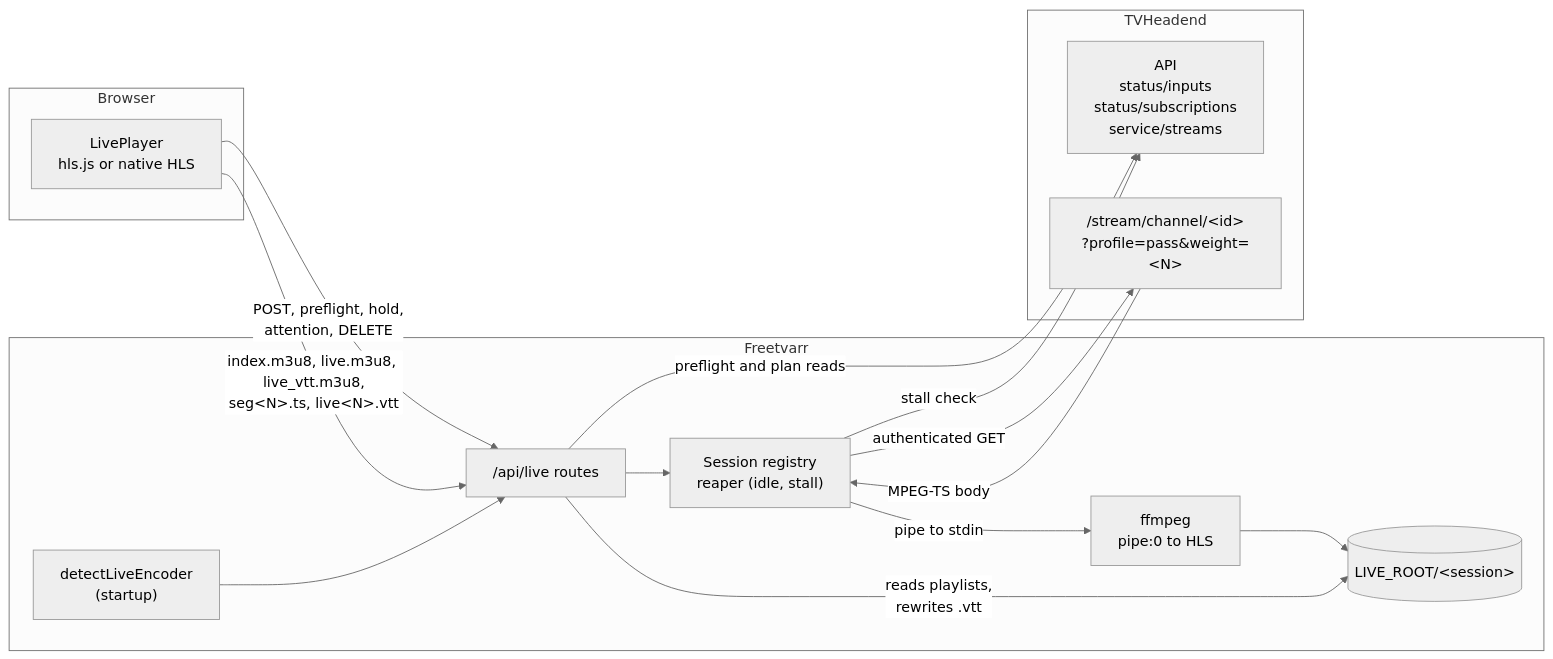
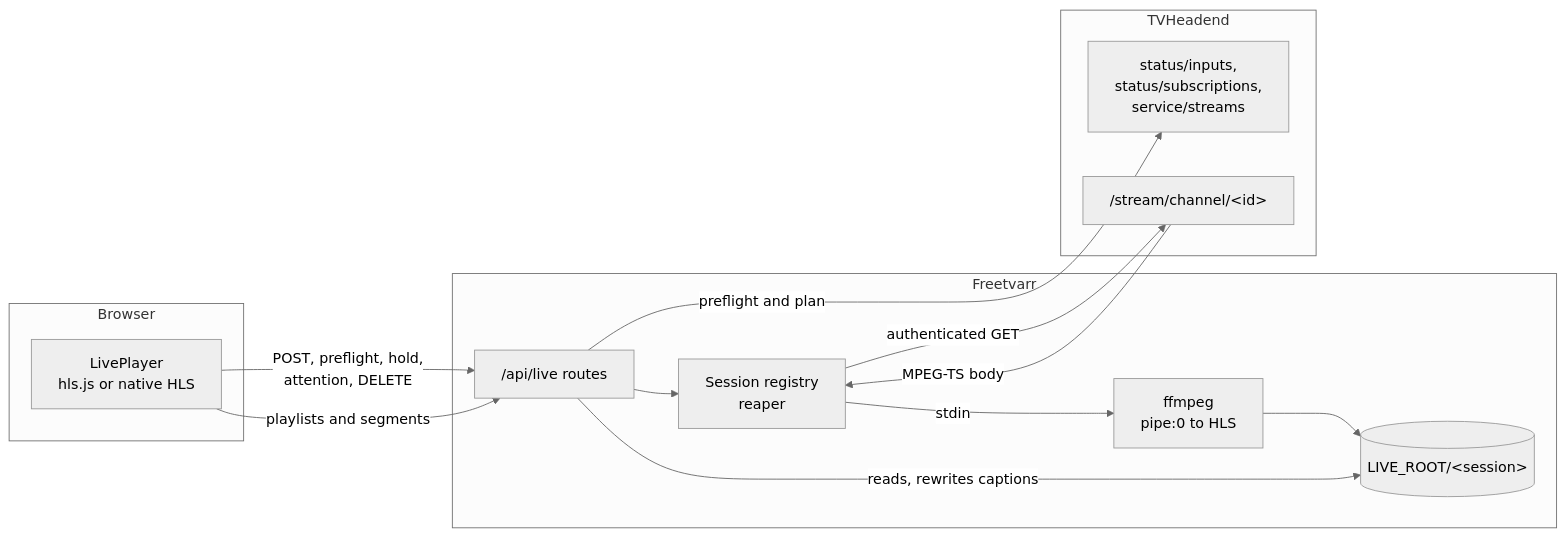
One commit to furey/freetvarr changed the eighth of 9 diagrams in docs/DEEP_DIVE.md. Above: the diagram before and after it, drawn with Mermaid (neutral theme). The commit also changed other lines of this file, not shown here.

Commit message:
Tightened the technical deep dive to the module map, data model, main flows, contracts, and limits, split the architecture diagram into modules and external data paths, and corrected the facts that failed a code check.

````diff
--- a/docs/DEEP_DIVE.md
+++ b/docs/DEEP_DIVE.md
@@ -1503,28 +910,25 @@
 ```mermaid
 flowchart LR
   subgraph browser["Browser"]
     player["LivePlayer<br>hls.js or native HLS"]
   end
   subgraph app["Freetvarr"]
-    enc["detectLiveEncoder<br>(startup)"]
     routes["/api/live routes"]
-    reg["Session registry<br>reaper (idle, stall)"]
+    reg["Session registry<br>reaper"]
     ff["ffmpeg<br>pipe:0 to HLS"]
     dir[("LIVE_ROOT/&lt;session&gt;")]
   end
   subgraph tvh["TVHeadend"]
-    api["API<br>status/inputs<br>status/subscriptions<br>service/streams"]
-    stream["/stream/channel/&lt;id&gt;<br>?profile=pass&weight=&lt;N&gt;"]
+    api["status/inputs,<br>status/subscriptions,<br>service/streams"]
+    stream["/stream/channel/&lt;id&gt;"]
   end
   player -->|"POST, preflight, hold,<br>attention, DELETE"| routes
-  player -->|"index.m3u8, live.m3u8, live_vtt.m3u8,<br>seg&lt;N&gt;.ts, live&lt;N&gt;.vtt"| routes
-  enc --> routes
-  routes -->|"preflight and plan reads"| api
+  player -->|"playlists and segments"| routes
+  routes -->|"preflight and plan"| api
   routes --> reg
   reg -->|"authenticated GET"| stream
   stream -->|"MPEG-TS body"| reg
-  reg -->|"pipe to stdin"| ff
+  reg -->|"stdin"| ff
   ff --> dir
-  reg -->|"stall check"| api
-  routes -->|"reads playlists,<br>rewrites .vtt"| dir
+  routes -->|"reads, rewrites captions"| dir
 ```
````
